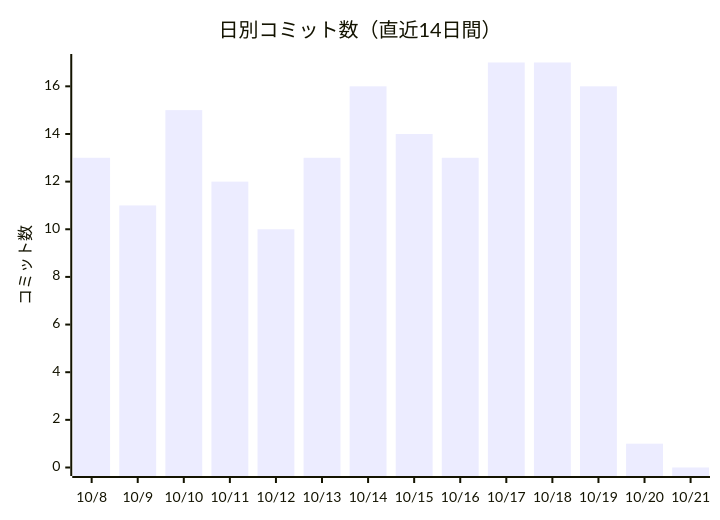
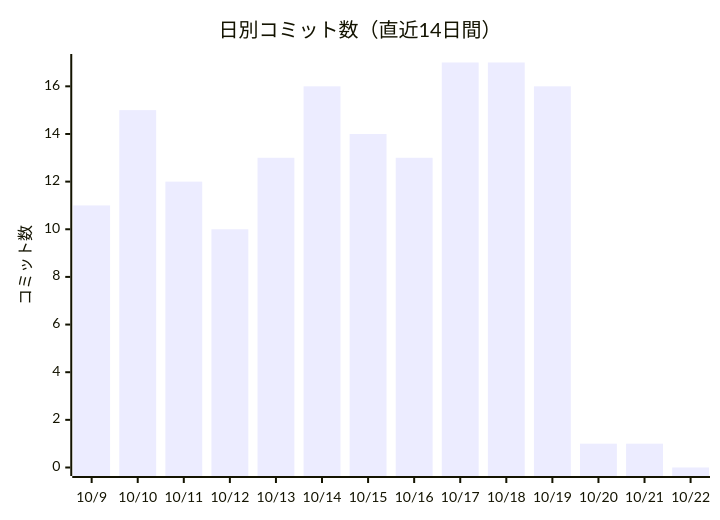
One commit to non-x2/non-x2 changed the first of 2 diagrams in docs/進化レポート.md. Above: the diagram before and after it, drawn with Mermaid. The commit also changed other lines of this file and 2 other files, not shown here.

````diff
--- a/docs/進化レポート.md
+++ b/docs/進化レポート.md
@@ -23,7 +23,7 @@
 ```mermaid
 xychart-beta
     title "日別コミット数（直近14日間）"
-    x-axis ["10/8", "10/9", "10/10", "10/11", "10/12", "10/13", "10/14", "10/15", "10/16", "10/17", "10/18", "10/19", "10/20", "10/21"]
+    x-axis ["10/9", "10/10", "10/11", "10/12", "10/13", "10/14", "10/15", "10/16", "10/17", "10/18", "10/19", "10/20", "10/21", "10/22"]
     y-axis "コミット数"
-    bar [13, 11, 15, 12, 10, 13, 16, 14, 13, 17, 17, 16, 1, 0]
+    bar [11, 15, 12, 10, 13, 16, 14, 13, 17, 17, 16, 1, 1, 0]
 ```
````
